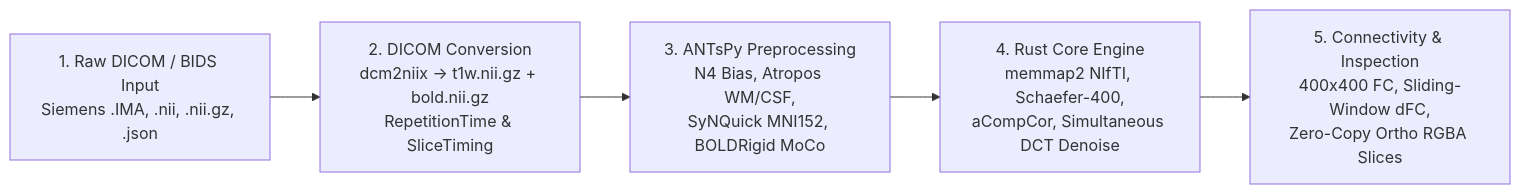
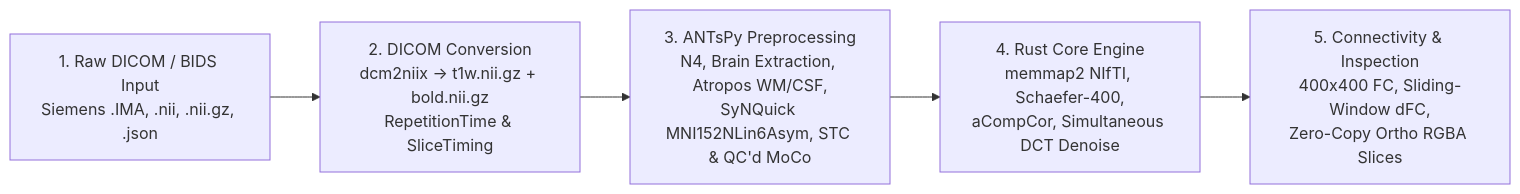
One commit to CCS-NIMHANS/CCS_fMRIStudio changed the diagram in docs/wiki/Home.md. Above: the diagram before and after it, drawn with Mermaid. The commit also changed other lines of this file and 8 other files, not shown here.

````diff
--- a/docs/wiki/Home.md
+++ b/docs/wiki/Home.md
@@ -12,7 +12,7 @@
 ```mermaid
 flowchart LR
   A["1. Raw DICOM / BIDS Input<br/>Siemens .IMA, .nii, .nii.gz, .json"] --> B["2. DICOM Conversion<br/>dcm2niix -> t1w.nii.gz + bold.nii.gz<br/>RepetitionTime &amp; SliceTiming"]
-  B --> C["3. ANTsPy Preprocessing<br/>N4 Bias, Atropos WM/CSF,<br/>SyNQuick MNI152, BOLDRigid MoCo"]
+  B --> C["3. ANTsPy Preprocessing<br/>N4, Brain Extraction, Atropos WM/CSF,<br/>SyNQuick MNI152NLin6Asym, STC &amp; QC'd MoCo"]
   C --> D["4. Rust Core Engine<br/>memmap2 NIfTI, Schaefer-400,<br/>aCompCor, Simultaneous DCT Denoise"]
   D --> E["5. Connectivity &amp; Inspection<br/>400x400 FC, Sliding-Window dFC,<br/>Zero-Copy Ortho RGBA Slices"]
 ```
````
